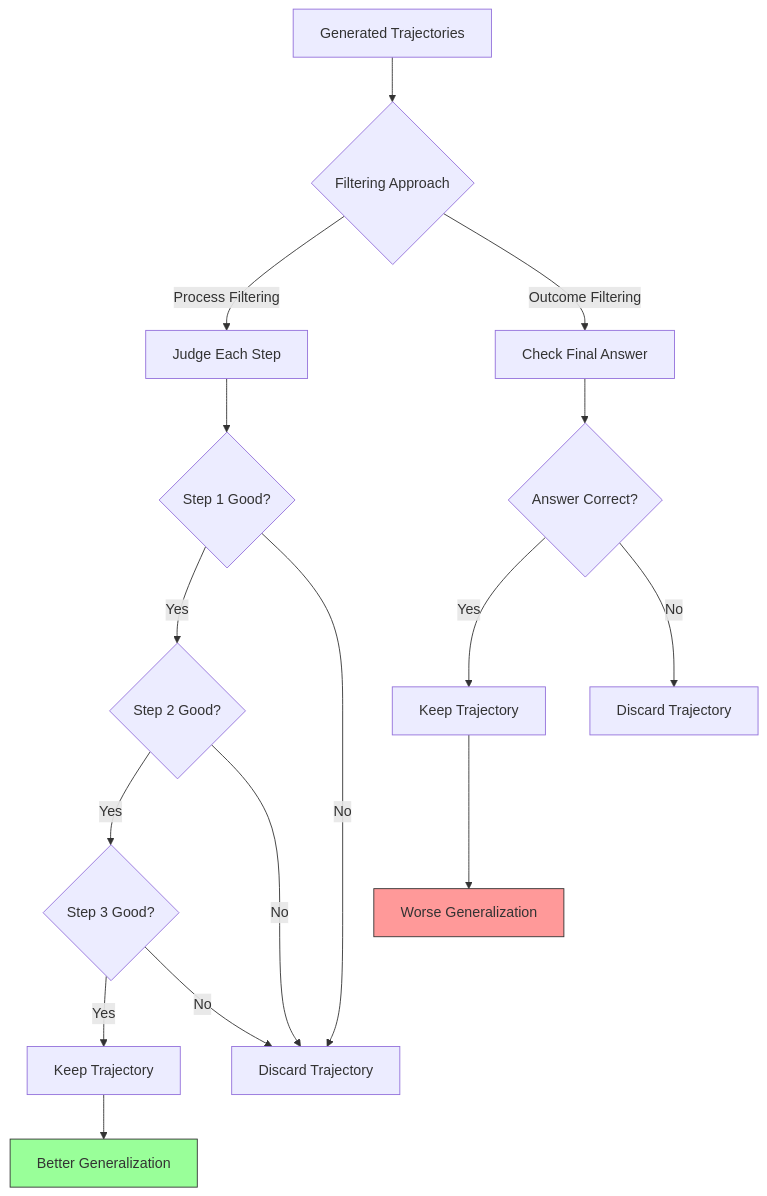
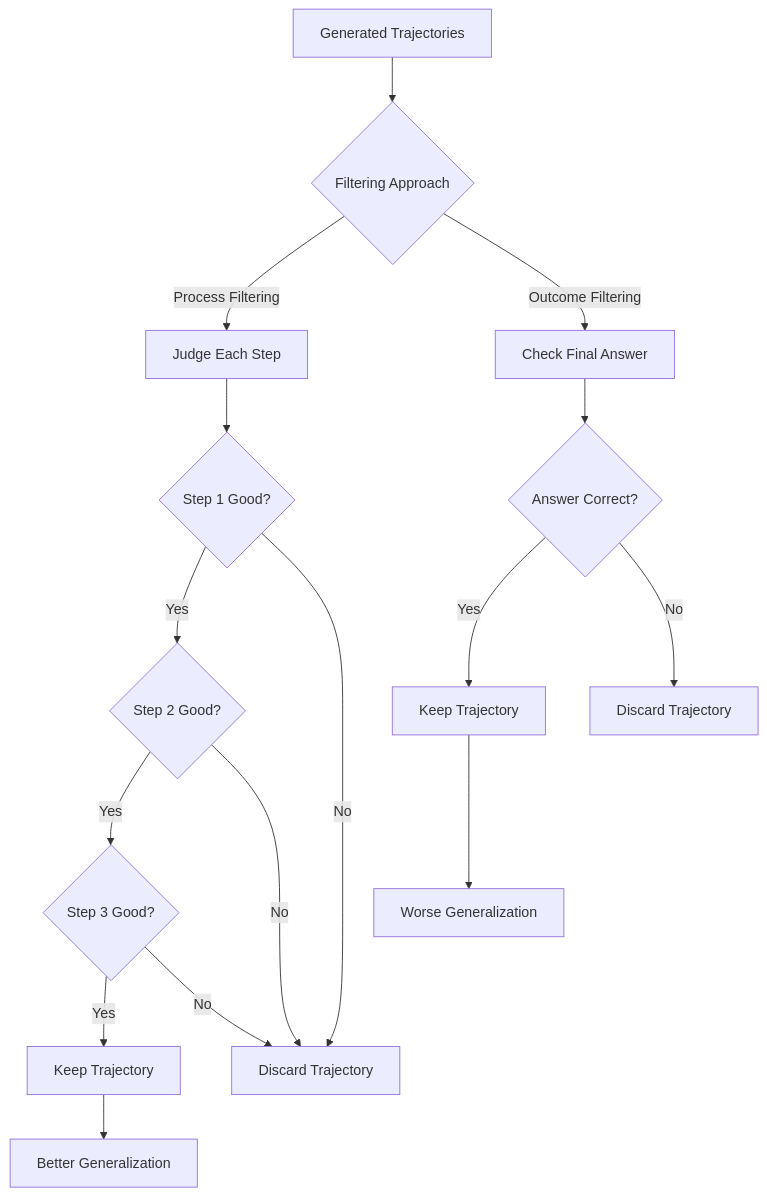
One commit to st-imdev/newblog25 changed the third of 3 diagrams in _notes/swirl-reinforcement-learning.md. Above: the diagram before and after it, drawn with Mermaid. The commit also changed other lines of this file and 4 other files, not shown here.

````diff
--- a/_notes/swirl-reinforcement-learning.md
+++ b/_notes/swirl-reinforcement-learning.md
@@ -211,24 +208,21 @@
-```mermaid
+<pre class="mermaid">
 graph TD
     A[Generated Trajectories] --> B{Filtering Approach}
     B -->|Process Filtering| C[Judge Each Step]
     B -->|Outcome Filtering| D[Check Final Answer]
     
     C --> C1{Step 1 Good?}
     C1 -->|Yes| C2{Step 2 Good?}
     C1 -->|No| C3[Discard Trajectory]
     C2 -->|Yes| C4{Step 3 Good?}
     C2 -->|No| C3
     C4 -->|Yes| C5[Keep Trajectory]
     C4 -->|No| C3
     
     D --> D1{Answer Correct?}
     D1 -->|Yes| D2[Keep Trajectory]
     D1 -->|No| D3[Discard Trajectory]
     
     C5 --> E[Better Generalization]
     D2 --> F[Worse Generalization]
-    
-    style E fill:#9f9,stroke:#333
-    style F fill:#f99,stroke:#333
-```
+</pre>
````
